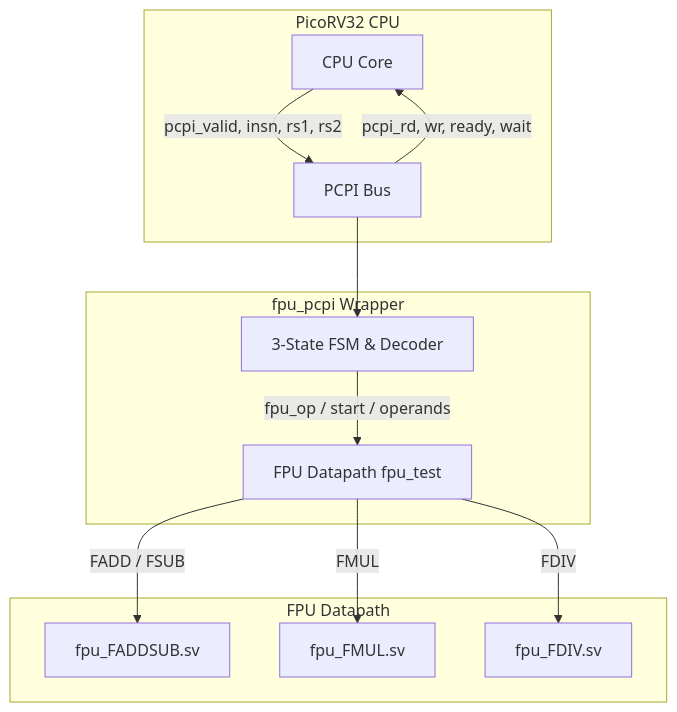
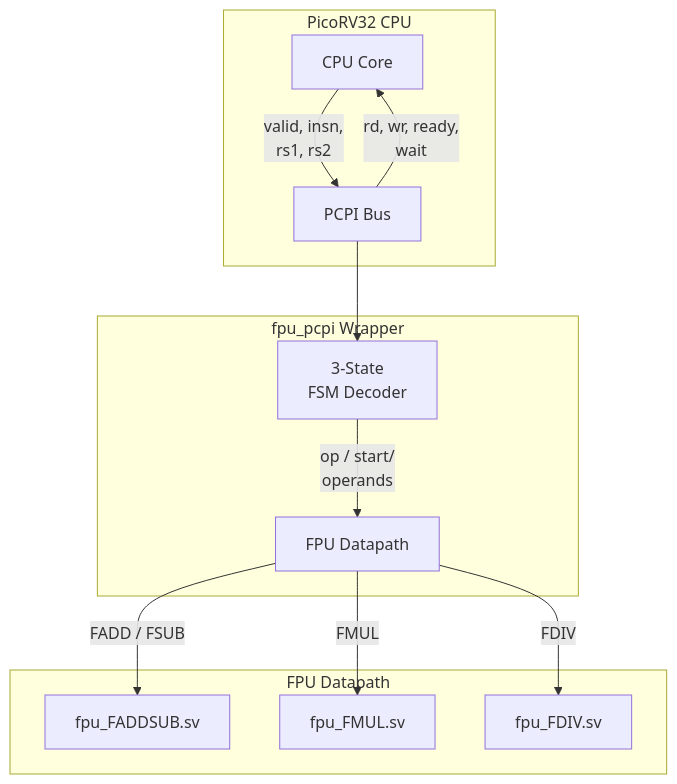
Before and after one commit to Srivathsan1293/half-precision-fpu: the first of 3 diagrams in fpu_architecture.md, drawn with Mermaid. The commit also changed other lines of this file, not shown here.

First line of the commit message:
docs: Fix remaining text overflow in all Mermaid diagrams

````diff
--- a/fpu_architecture.md
+++ b/fpu_architecture.md
@@ -11,18 +11,18 @@
 ```mermaid
 graph TD
     subgraph PicoRV32 CPU
-        CPU[CPU Core] -->|pcpi_valid, insn, rs1, rs2| PCPI_BUS[PCPI Bus]
-        PCPI_BUS -->|pcpi_rd, wr, ready, wait| CPU
+        CPU[CPU Core] -->|valid, insn,<br/>rs1, rs2| PCPI_BUS[PCPI Bus]
+        PCPI_BUS -->|rd, wr, ready,<br/>wait| CPU
     end
 
     subgraph fpu_pcpi Wrapper
-        PCPI_BUS --> FSM[3-State FSM & Decoder]
-        FSM -->|fpu_op / start / operands| DATAPATH[FPU Datapath fpu_test]
+        PCPI_BUS --> FSM[3-State<br/>FSM Decoder]
+        FSM -->|op / start/<br/>operands| DATAPATH[FPU Datapath]
     end
 
     subgraph FPU Datapath
         DATAPATH -->|FADD / FSUB| ADD[fpu_FADDSUB.sv]
         DATAPATH -->|FMUL| MUL[fpu_FMUL.sv]
         DATAPATH -->|FDIV| DIV[fpu_FDIV.sv]
     end
 ```
````
